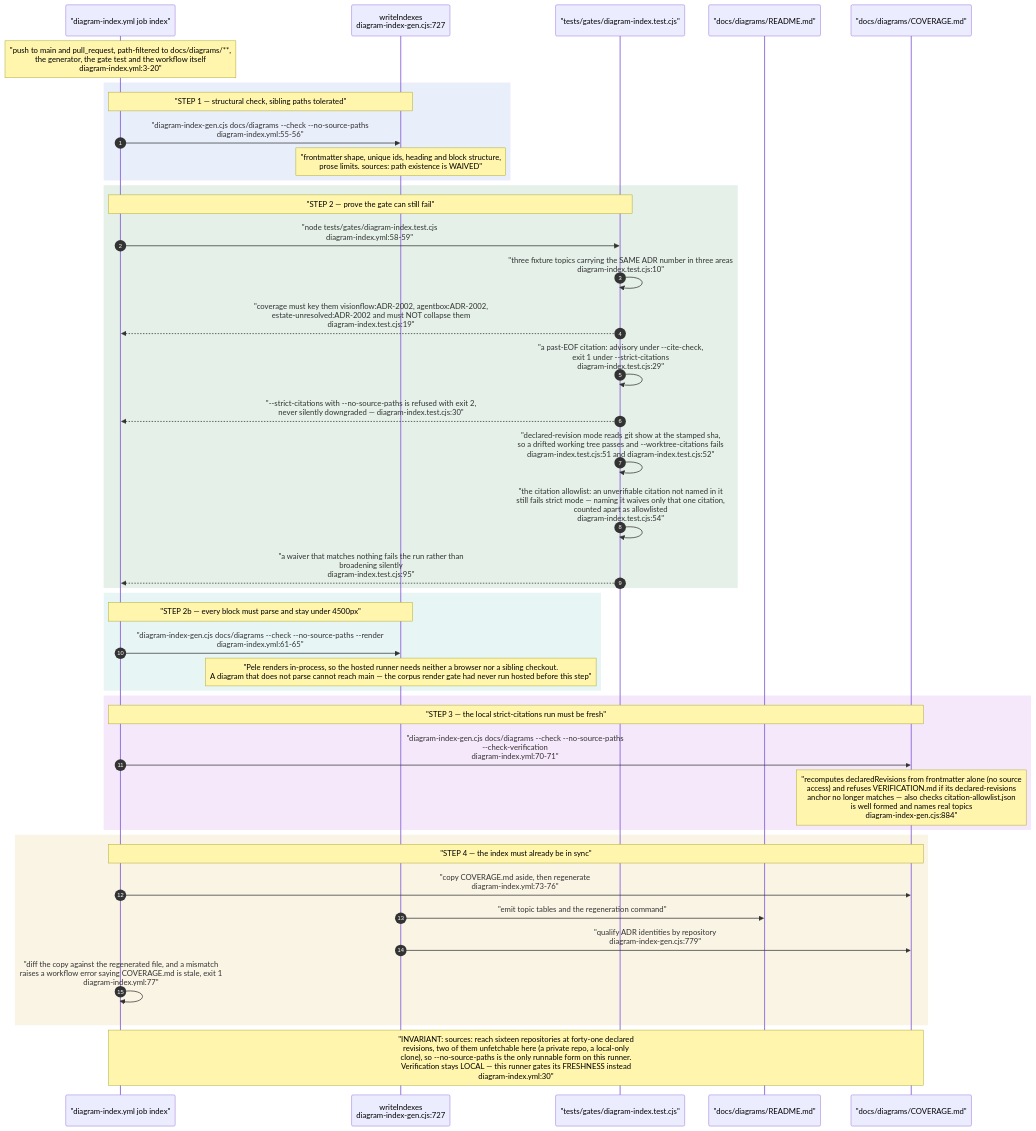
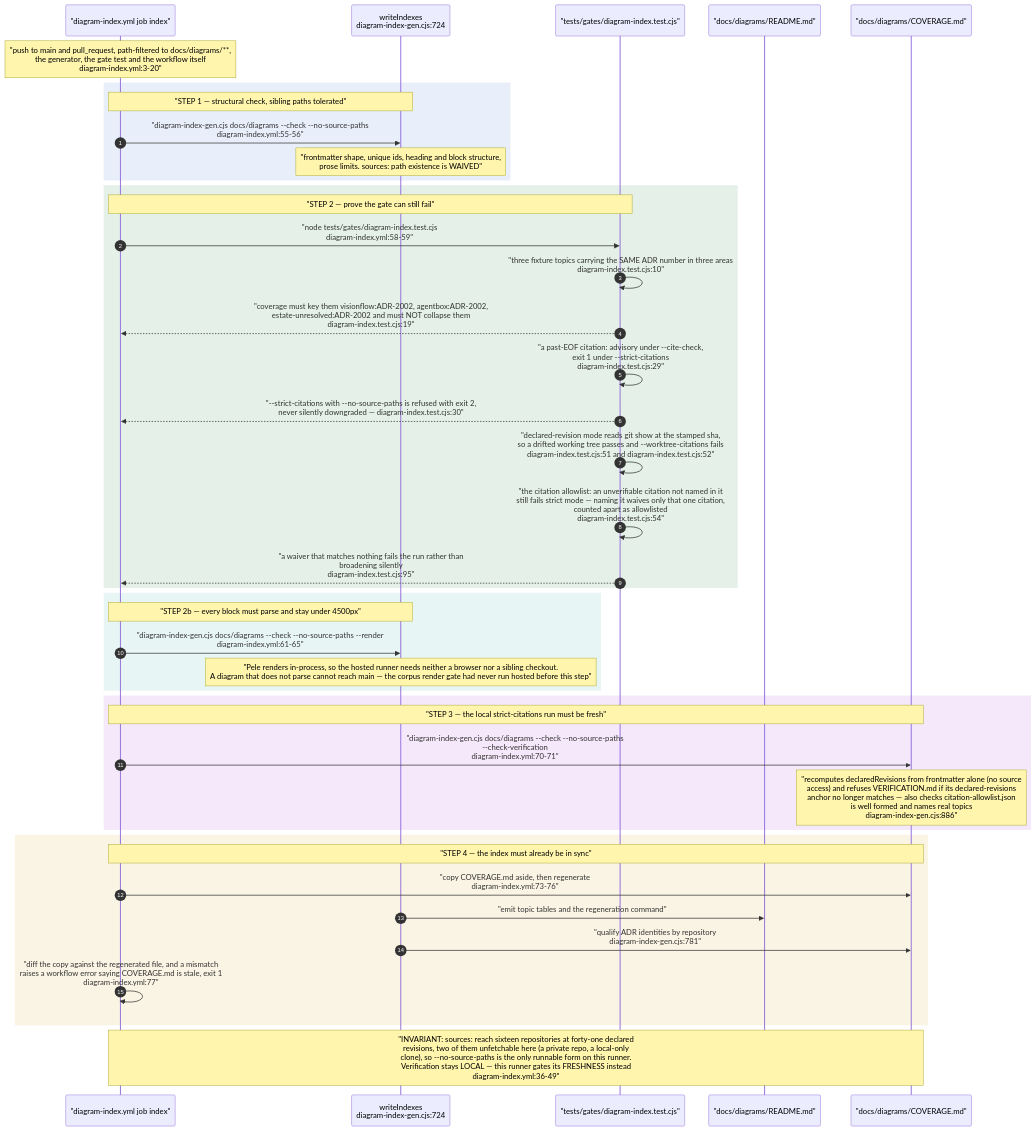
One commit to DreamLab-AI/VisionFlow changed diagram 12 of 15 in docs/diagrams/visionflow/06-diagram-tooling.md. Above: the diagram before and after it, drawn with Mermaid. The commit also changed other lines of this file and 91 other files, not shown here.

````diff
--- a/docs/diagrams/visionflow/06-diagram-tooling.md
+++ b/docs/diagrams/visionflow/06-diagram-tooling.md
@@ -363,51 +363,51 @@
 ```mermaid
 sequenceDiagram
     autonumber
     participant CI as "diagram-index.yml job index"
-    participant G as writeIndexes<br/>diagram-index-gen.cjs:727
+    participant G as writeIndexes<br/>diagram-index-gen.cjs:724
     participant T as "tests/gates/diagram-index.test.cjs"
     participant RM as "docs/diagrams/README.md"
     participant CV as "docs/diagrams/COVERAGE.md"
 
     Note over CI: "push to main and pull_request, path-filtered to docs/diagrams/**,<br/>the generator, the gate test and the workflow itself<br/>diagram-index.yml:3-20"
 
     rect rgb(232, 238, 250)
     Note over CI,G: "STEP 1 — structural check, sibling paths tolerated"
     CI->>G: "diagram-index-gen.cjs docs/diagrams --check --no-source-paths<br/>diagram-index.yml:55-56"
     Note over G: "frontmatter shape, unique ids, heading and block structure,<br/>prose limits. sources: path existence is WAIVED"
     end
 
     rect rgb(228, 240, 232)
     Note over CI,T: "STEP 2 — prove the gate can still fail"
     CI->>T: "node tests/gates/diagram-index.test.cjs<br/>diagram-index.yml:58-59"
     T->>T: "three fixture topics carrying the SAME ADR number in three areas<br/>diagram-index.test.cjs:10"
     T-->>CI: "coverage must key them visionflow:ADR-2002, agentbox:ADR-2002,<br/>estate-unresolved:ADR-2002 and must NOT collapse them<br/>diagram-index.test.cjs:19"
     T->>T: "a past-EOF citation: advisory under --cite-check,<br/>exit 1 under --strict-citations<br/>diagram-index.test.cjs:29"
     T-->>CI: "--strict-citations with --no-source-paths is refused with exit 2,<br/>never silently downgraded — diagram-index.test.cjs:30"
     T->>T: "declared-revision mode reads git show at the stamped sha,<br/>so a drifted working tree passes and --worktree-citations fails<br/>diagram-index.test.cjs:51 and diagram-index.test.cjs:52"
     T->>T: "the citation allowlist: an unverifiable citation not named in it<br/>still fails strict mode — naming it waives only that one citation,<br/>counted apart as allowlisted<br/>diagram-index.test.cjs:54"
     T-->>CI: "a waiver that matches nothing fails the run rather than<br/>broadening silently<br/>diagram-index.test.cjs:95"
     end
 
     rect rgb(232, 245, 245)
     Note over CI,G: "STEP 2b — every block must parse and stay under 4500px"
     CI->>G: "diagram-index-gen.cjs docs/diagrams --check --no-source-paths --render<br/>diagram-index.yml:61-65"
     Note over G: "Pele renders in-process, so the hosted runner needs neither a browser nor a sibling checkout.<br/>A diagram that does not parse cannot reach main — the corpus render gate had never run hosted before this step"
     end
 
     rect rgb(245, 232, 250)
     Note over CI,CV: "STEP 3 — the local strict-citations run must be fresh"
     CI->>CV: "diagram-index-gen.cjs docs/diagrams --check --no-source-paths<br/>--check-verification<br/>diagram-index.yml:70-71"
-    Note over CV: "recomputes declaredRevisions from frontmatter alone (no source<br/>access) and refuses VERIFICATION.md if its declared-revisions<br/>anchor no longer matches — also checks citation-allowlist.json<br/>is well formed and names real topics<br/>diagram-index-gen.cjs:884"
+    Note over CV: "recomputes declaredRevisions from frontmatter alone (no source<br/>access) and refuses VERIFICATION.md if its declared-revisions<br/>anchor no longer matches — also checks citation-allowlist.json<br/>is well formed and names real topics<br/>diagram-index-gen.cjs:886"
     end
 
     rect rgb(250, 244, 228)
     Note over CI,CV: "STEP 4 — the index must already be in sync"
     CI->>CV: "copy COVERAGE.md aside, then regenerate<br/>diagram-index.yml:73-76"
     G->>RM: "emit topic tables and the regeneration command"
-    G->>CV: "qualify ADR identities by repository<br/>diagram-index-gen.cjs:779"
+    G->>CV: "qualify ADR identities by repository<br/>diagram-index-gen.cjs:781"
     CI->>CI: "diff the copy against the regenerated file, and a mismatch<br/>raises a workflow error saying COVERAGE.md is stale, exit 1<br/>diagram-index.yml:77"
     end
 
-    Note over CI,CV: "INVARIANT: sources: reach sixteen repositories at forty-one declared<br/>revisions, two of them unfetchable here (a private repo, a local-only<br/>clone), so --no-source-paths is the only runnable form on this runner.<br/>Verification stays LOCAL — this runner gates its FRESHNESS instead<br/>diagram-index.yml:30"
+    Note over CI,CV: "INVARIANT: sources: reach sixteen repositories at forty-one declared<br/>revisions, two of them unfetchable here (a private repo, a local-only<br/>clone), so --no-source-paths is the only runnable form on this runner.<br/>Verification stays LOCAL — this runner gates its FRESHNESS instead<br/>diagram-index.yml:36-49"
 ```
````
